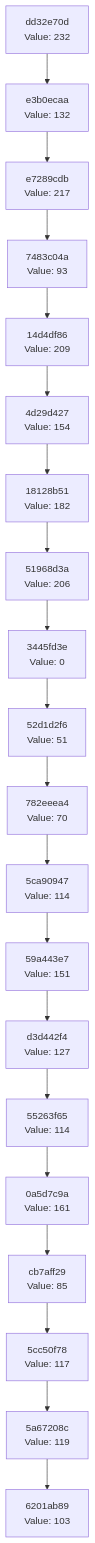
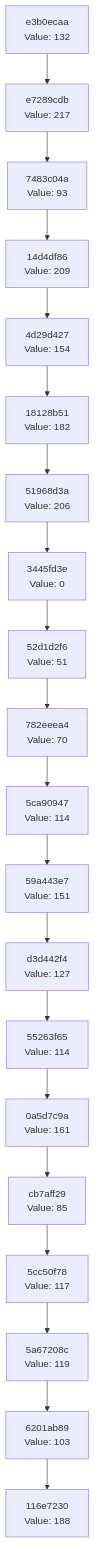
The diagram in docs/CHAIN_VISUALIZATION.md (Abhisheksinha1506/hash-chain-evolver), drawn with Mermaid before and after one commit. The commit also changed 3 other files, not shown here.

````diff
--- a/docs/CHAIN_VISUALIZATION.md
+++ b/docs/CHAIN_VISUALIZATION.md
@@ -3,42 +3,42 @@
 ```mermaid
 graph TD
-    C0["6201ab89<br/>Value: 103"]
-    C1["5a67208c<br/>Value: 119"]
+    C0["116e7230<br/>Value: 188"]
+    C1["6201ab89<br/>Value: 103"]
     C1 --> C0
-    C2["5cc50f78<br/>Value: 117"]
+    C2["5a67208c<br/>Value: 119"]
     C2 --> C1
-    C3["cb7aff29<br/>Value: 85"]
+    C3["5cc50f78<br/>Value: 117"]
     C3 --> C2
-    C4["0a5d7c9a<br/>Value: 161"]
+    C4["cb7aff29<br/>Value: 85"]
     C4 --> C3
-    C5["55263f65<br/>Value: 114"]
+    C5["0a5d7c9a<br/>Value: 161"]
     C5 --> C4
-    C6["d3d442f4<br/>Value: 127"]
+    C6["55263f65<br/>Value: 114"]
     C6 --> C5
-    C7["59a443e7<br/>Value: 151"]
+    C7["d3d442f4<br/>Value: 127"]
     C7 --> C6
-    C8["5ca90947<br/>Value: 114"]
+    C8["59a443e7<br/>Value: 151"]
     C8 --> C7
-    C9["782eeea4<br/>Value: 70"]
+    C9["5ca90947<br/>Value: 114"]
     C9 --> C8
-    C10["52d1d2f6<br/>Value: 51"]
+    C10["782eeea4<br/>Value: 70"]
     C10 --> C9
-    C11["3445fd3e<br/>Value: 0"]
+    C11["52d1d2f6<br/>Value: 51"]
     C11 --> C10
-    C12["51968d3a<br/>Value: 206"]
+    C12["3445fd3e<br/>Value: 0"]
     C12 --> C11
-    C13["18128b51<br/>Value: 182"]
+    C13["51968d3a<br/>Value: 206"]
     C13 --> C12
-    C14["4d29d427<br/>Value: 154"]
+    C14["18128b51<br/>Value: 182"]
     C14 --> C13
-    C15["14d4df86<br/>Value: 209"]
+    C15["4d29d427<br/>Value: 154"]
     C15 --> C14
-    C16["7483c04a<br/>Value: 93"]
+    C16["14d4df86<br/>Value: 209"]
     C16 --> C15
-    C17["e7289cdb<br/>Value: 217"]
+    C17["7483c04a<br/>Value: 93"]
     C17 --> C16
-    C18["e3b0ecaa<br/>Value: 132"]
+    C18["e7289cdb<br/>Value: 217"]
     C18 --> C17
-    C19["dd32e70d<br/>Value: 232"]
+    C19["e3b0ecaa<br/>Value: 132"]
     C19 --> C18
 ```
````
